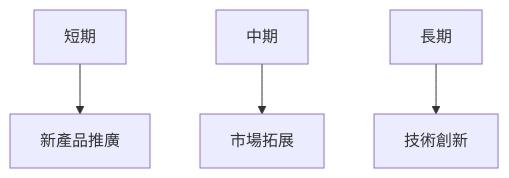
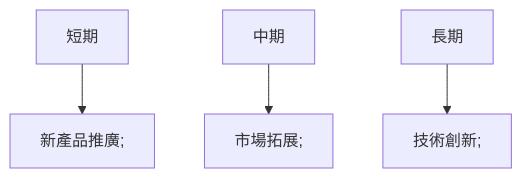
The tenth of 11 diagrams in ai_gen_report/stock/sofi/fundamental_analysis_2026-03-22_openai.md (yennanliu/finance_data), drawn with Mermaid before and after one commit. The commit also changed other lines of this file and 2258 other files, not shown here.

First line of the commit message:
chore: backfill Mermaid syntax repair across existing reports

````diff
--- a/ai_gen_report/stock/sofi/fundamental_analysis_2026-03-22_openai.md
+++ b/ai_gen_report/stock/sofi/fundamental_analysis_2026-03-22_openai.md
@@ -288,6 +288,6 @@
 ```mermaid
 graph TD;
-  短期-->新產品推廣;
-  中期-->市場拓展;
-  長期-->技術創新;
+  短期 --> nb1["新產品推廣;"]
+  中期 --> nb2["市場拓展;"]
+  長期 --> nb3["技術創新;"]
 ```
````
